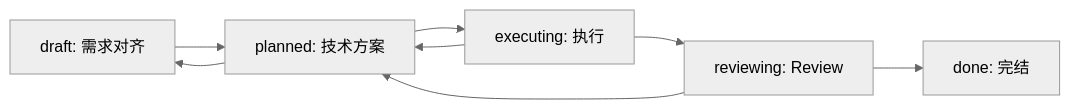
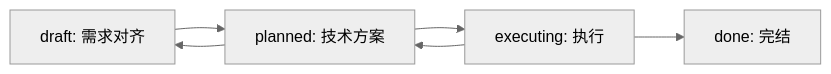
The diagram in .cursor/skills/sdd-lab/SKILL.md (luoanb/openclaw-web), drawn with Mermaid (neutral theme) before and after one commit. The commit also changed other lines of this file and 21 other files, not shown here.

````diff
--- a/.cursor/skills/sdd-lab/SKILL.md
+++ b/.cursor/skills/sdd-lab/SKILL.md
@@ -73,10 +72,8 @@
 ```mermaid
 flowchart LR
   draft["draft: 需求对齐"] --> planned["planned: 技术方案"]
   planned --> executing["executing: 执行"]
-  executing --> reviewing["reviewing: Review"]
-  reviewing --> done["done: 完结"]
-  reviewing --> planned
+  executing --> done["done: 完结"]
   executing --> planned
   planned --> draft
 ```
````
